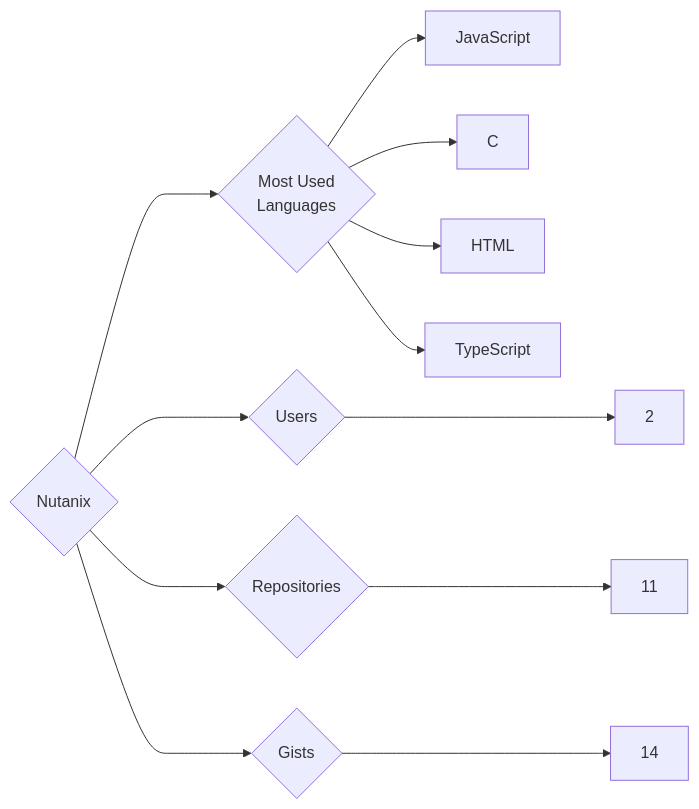
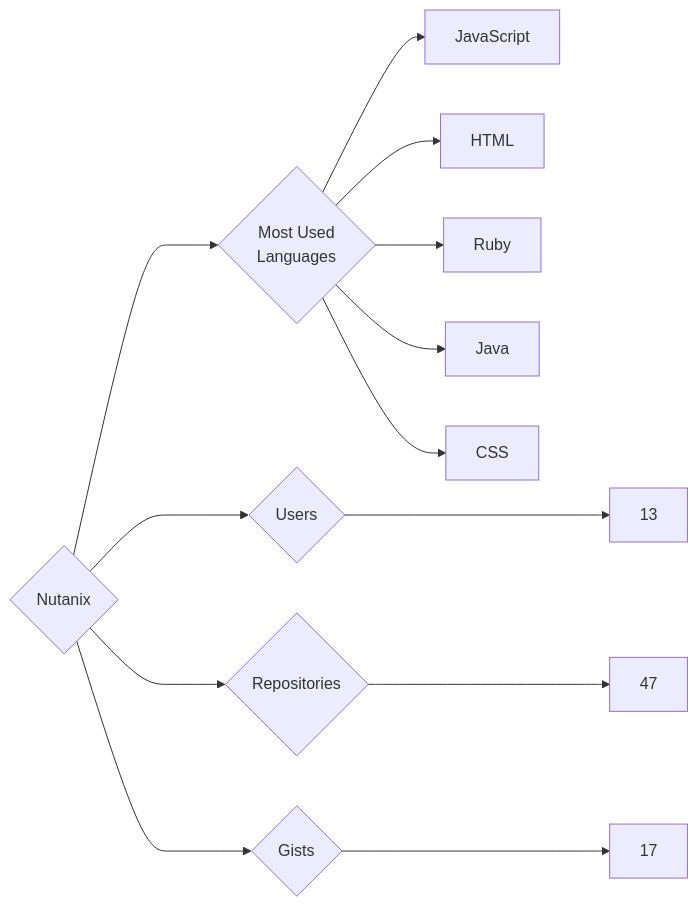
Before and after one commit to trickest/insiders: the diagram in targets/Nutanix/README.md, drawn with Mermaid. The commit also changed 1696 other files, not shown here.

````diff
--- a/targets/Nutanix/README.md
+++ b/targets/Nutanix/README.md
@@ -3,12 +3,13 @@
 ```mermaid
 graph LR
 COMPANY_NAME{Nutanix}
-COMPANY_NAME ---> U{Users} ---> UN[2]
-COMPANY_NAME ---> R{Repositories} ---> RN[11]
-COMPANY_NAME ---> G{Gists} ---> GN[14]
+COMPANY_NAME ---> U{Users} ---> UN[13]
+COMPANY_NAME ---> R{Repositories} ---> RN[47]
+COMPANY_NAME ---> G{Gists} ---> GN[17]
 COMPANY_NAME ---> ML{Most Used<br>Languages}
 ML --> JavaScript[JavaScript]
-ML --> C[C]
 ML --> HTML[HTML]
-ML --> TypeScript[TypeScript]
+ML --> Ruby[Ruby]
+ML --> Java[Java]
+ML --> CSS[CSS]
 ```
````
